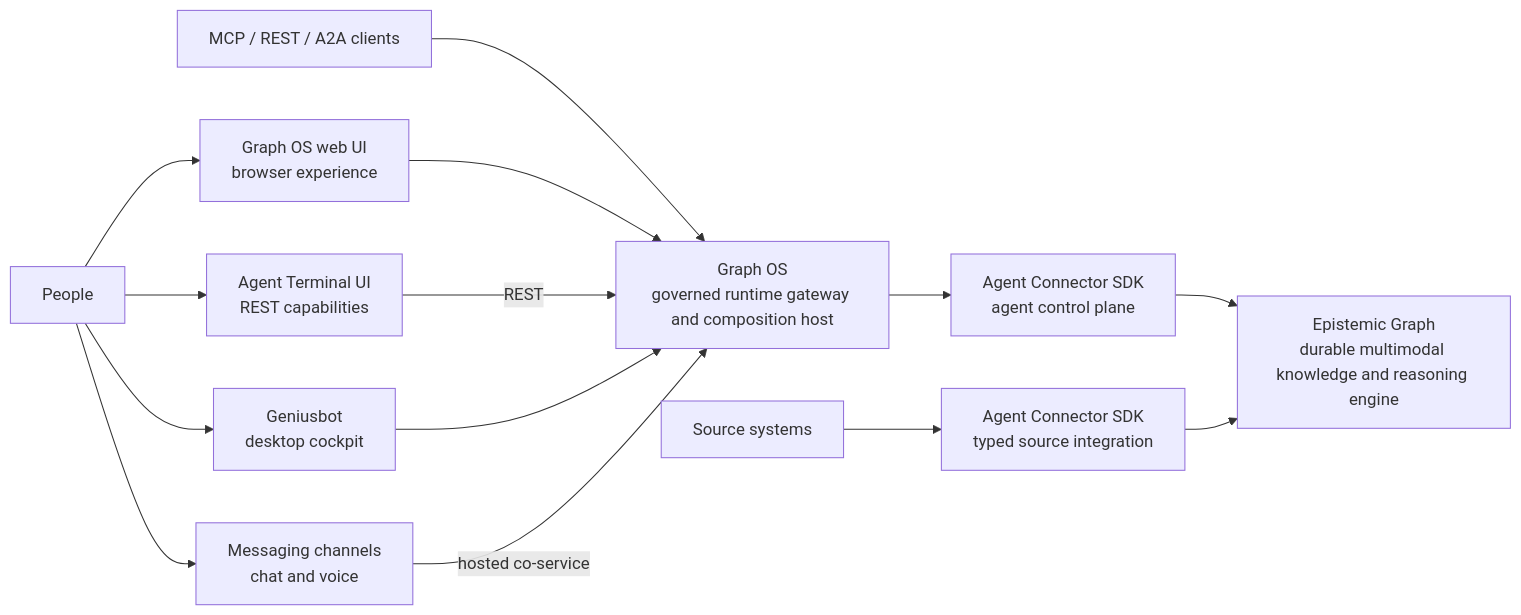
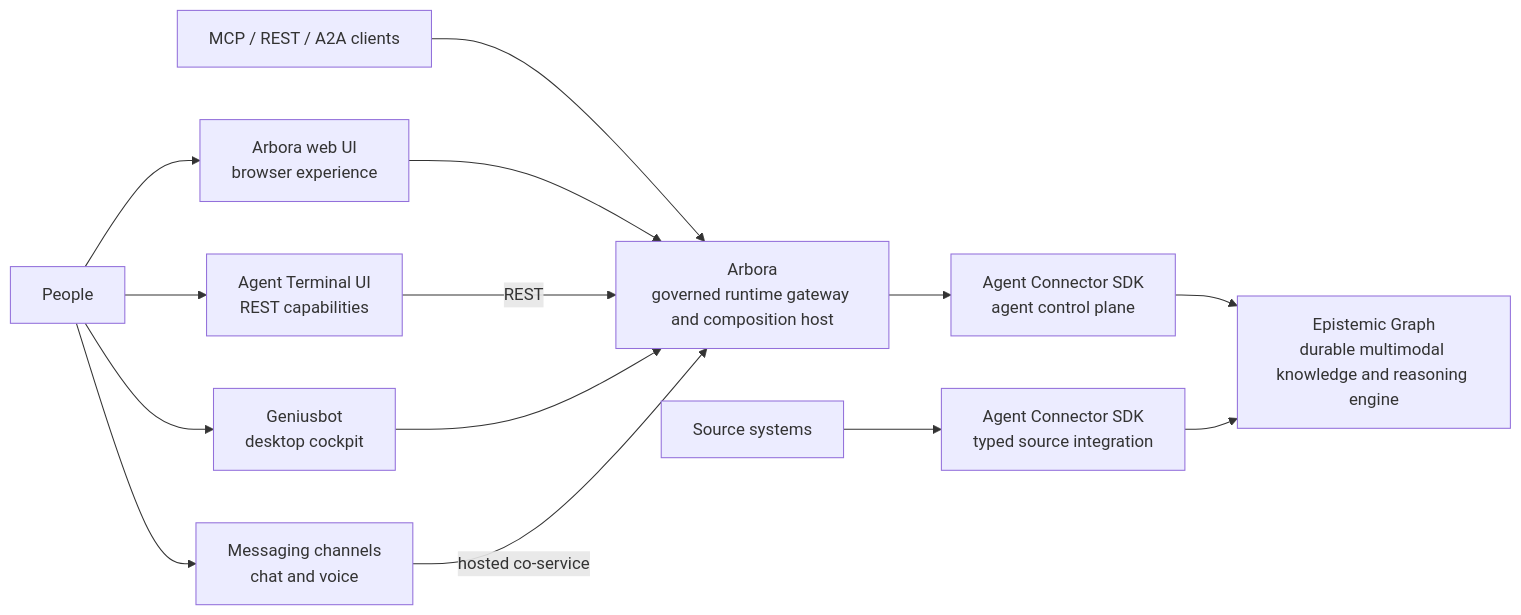
One commit to Knuckles-Team/craft-suite-api changed the diagram in docs/assets/runtime-architecture.mmd. Above: the diagram before and after it, drawn with Mermaid. The commit also changed 14 other files, not shown here.

First line of the commit message:
chore: rename graph-os terminology to arbora [skip ci]

```diff
--- a/docs/assets/runtime-architecture.mmd
+++ b/docs/assets/runtime-architecture.mmd
@@ -1,26 +1,26 @@
 flowchart LR
   People["People"]
-  WebUI["Graph OS web UI<br/>browser experience"]
+  WebUI["Arbora web UI<br/>browser experience"]
   TUI["Agent Terminal UI<br/>REST capabilities"]
   Genius["Geniusbot<br/>desktop cockpit"]
   Messaging["Messaging channels<br/>chat and voice"]
   Clients["MCP / REST / A2A clients"]
-  GraphOS["Graph OS<br/>governed runtime gateway and composition host"]
+  Arbora["Arbora<br/>governed runtime gateway and composition host"]
   AU["Agent Connector SDK<br/>agent control plane"]
   EG["Epistemic Graph<br/>durable multimodal knowledge and reasoning engine"]
   Sources["Source systems"]
   SDK["Agent Connector SDK<br/>typed source integration"]
 
   People --> WebUI
   People --> TUI
   People --> Genius
   People --> Messaging
-  Clients --> GraphOS
-  WebUI --> GraphOS
-  TUI -->|REST| GraphOS
-  Genius --> GraphOS
-  Messaging -->|hosted co-service| GraphOS
-  GraphOS --> AU
+  Clients --> Arbora
+  WebUI --> Arbora
+  TUI -->|REST| Arbora
+  Genius --> Arbora
+  Messaging -->|hosted co-service| Arbora
+  Arbora --> AU
   AU --> EG
   Sources --> SDK
   SDK --> EG
```
